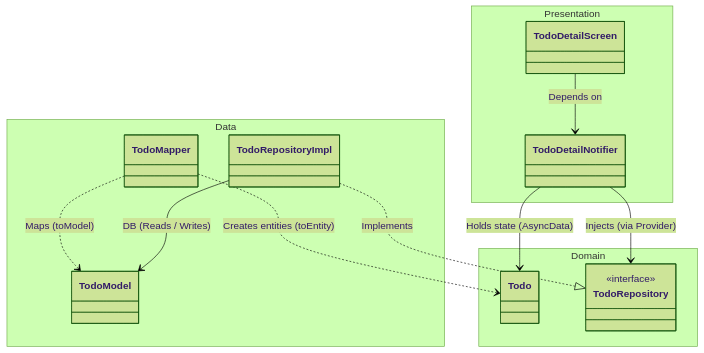
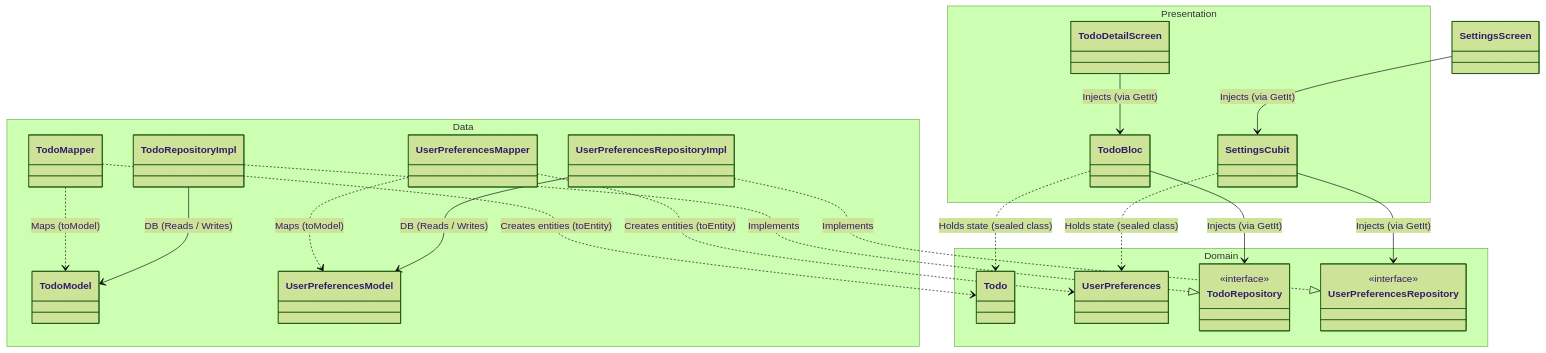
The first of 2 diagrams in README.md (EKER-Studio/flutter_bloc_boilerplate), drawn with Mermaid (forest theme) before and after one commit. The commit also changed other lines of this file, not shown here.

Commit message:
refactor: update README to reflect BLoC and GetIt integration, enhancing clarity on architecture and features

````diff
--- a/README.md
+++ b/README.md
@@ -109,34 +119,50 @@
 ```mermaid
 classDiagram
     %% Presentation Layer
     namespace Presentation {
         class TodoDetailScreen
-        class TodoDetailNotifier
+        class TodoBloc
+        class SettingsCubit
     }
 
     %% Data Layer
     namespace Data {
         class TodoRepositoryImpl
+        class UserPreferencesRepositoryImpl
         class TodoModel
+        class UserPreferencesModel
         class TodoMapper
+        class UserPreferencesMapper
     }
 
     %% Domain Layer (Center)
     namespace Domain {
         class Todo
+        class UserPreferences
         class TodoRepository {
+            <<interface>>
+        }
+        class UserPreferencesRepository {
             <<interface>>
         }
     }
 
-    %% Dependencies UI -> Domain
-    TodoDetailScreen --> TodoDetailNotifier : Depends on
-    TodoDetailNotifier --> TodoRepository : Injects (via Provider)
-    TodoDetailNotifier --> Todo : Holds state (AsyncData)
+    %% Dependencies UI -> Bloc/Cubit -> Domain
+    TodoDetailScreen --> TodoBloc : Injects (via GetIt)
+    TodoBloc --> TodoRepository : Injects (via GetIt)
+    TodoBloc ..> Todo : Holds state (sealed class)
+
+    SettingsScreen --> SettingsCubit : Injects (via GetIt)
+    SettingsCubit --> UserPreferencesRepository : Injects (via GetIt)
+    SettingsCubit ..> UserPreferences : Holds state (sealed class)
 
     %% Dependencies Data -> Domain
     TodoRepositoryImpl ..|> TodoRepository : Implements
+    UserPreferencesRepositoryImpl ..|> UserPreferencesRepository : Implements
     TodoMapper ..> Todo : Creates entities (toEntity)
     TodoMapper ..> TodoModel : Maps (toModel)
+    UserPreferencesMapper ..> UserPreferences : Creates entities (toEntity)
+    UserPreferencesMapper ..> UserPreferencesModel : Maps (toModel)
     TodoRepositoryImpl --> TodoModel : DB (Reads / Writes)
+    UserPreferencesRepositoryImpl --> UserPreferencesModel : DB (Reads / Writes)
 ```
````
